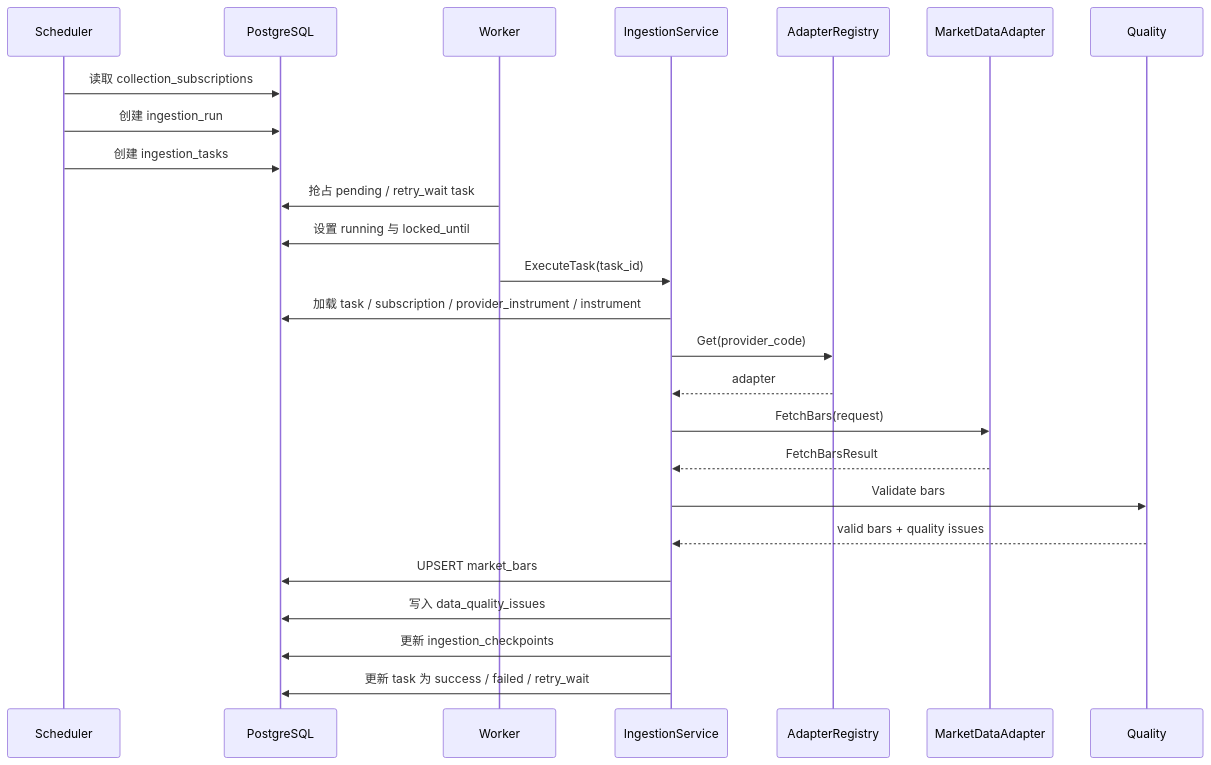
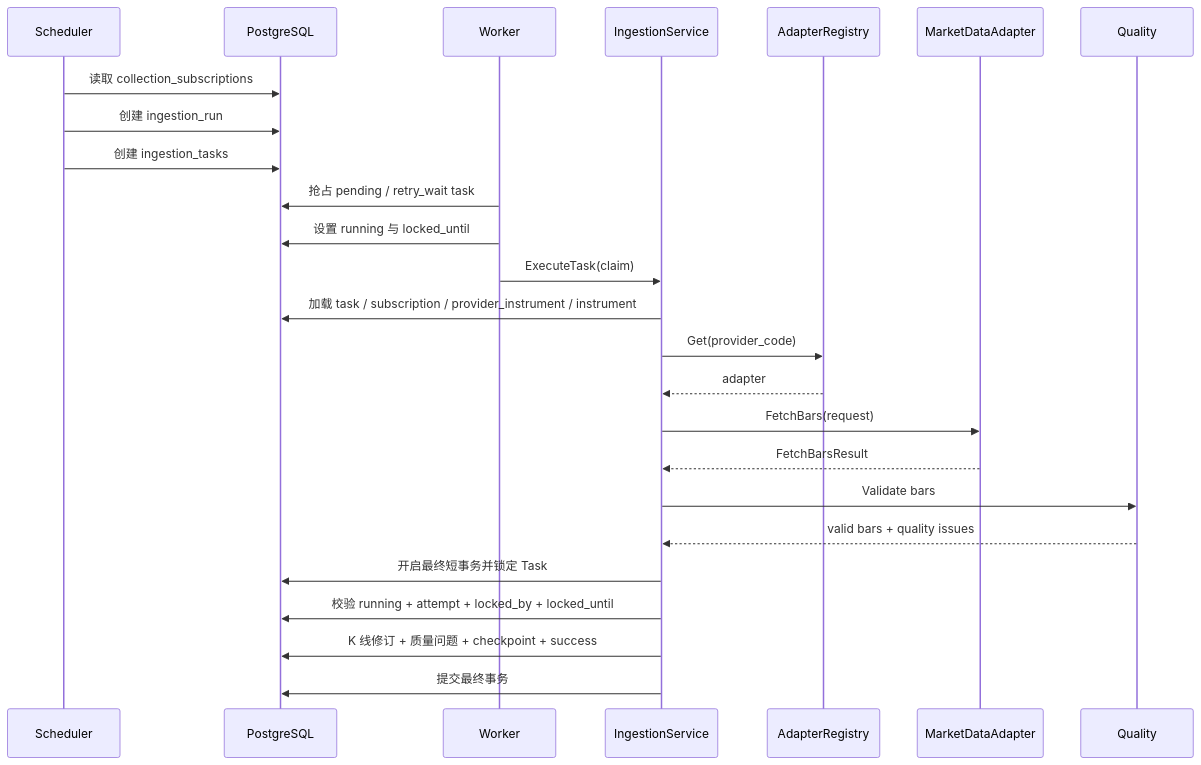
Before and after one commit to Arecardo/xr_trading: the third of 3 diagrams in doc/technical/market_information_service/05_ingestion_flow.md, drawn with Mermaid. The commit also changed other lines of this file and 34 other files, not shown here.

````diff
--- a/doc/technical/market_information_service/05_ingestion_flow.md
+++ b/doc/technical/market_information_service/05_ingestion_flow.md
@@ -113,33 +113,33 @@
 ```mermaid
 sequenceDiagram
     participant S as Scheduler
     participant DB as PostgreSQL
     participant W as Worker
     participant IS as IngestionService
     participant R as AdapterRegistry
     participant A as MarketDataAdapter
     participant Q as Quality
 
     S->>DB: 读取 collection_subscriptions
     S->>DB: 创建 ingestion_run
     S->>DB: 创建 ingestion_tasks
 
     W->>DB: 抢占 pending / retry_wait task
     W->>DB: 设置 running 与 locked_until
-    W->>IS: ExecuteTask(task_id)
+    W->>IS: ExecuteTask(claim)
 
     IS->>DB: 加载 task / subscription / provider_instrument / instrument
     IS->>R: Get(provider_code)
     R-->>IS: adapter
 
     IS->>A: FetchBars(request)
     A-->>IS: FetchBarsResult
 
     IS->>Q: Validate bars
     Q-->>IS: valid bars + quality issues
 
-    IS->>DB: UPSERT market_bars
-    IS->>DB: 写入 data_quality_issues
-    IS->>DB: 更新 ingestion_checkpoints
-    IS->>DB: 更新 task 为 success / failed / retry_wait
+    IS->>DB: 开启最终短事务并锁定 Task
+    IS->>DB: 校验 running + attempt + locked_by + locked_until
+    IS->>DB: K 线修订 + 质量问题 + checkpoint + success
+    IS->>DB: 提交最终事务
 ```
````
